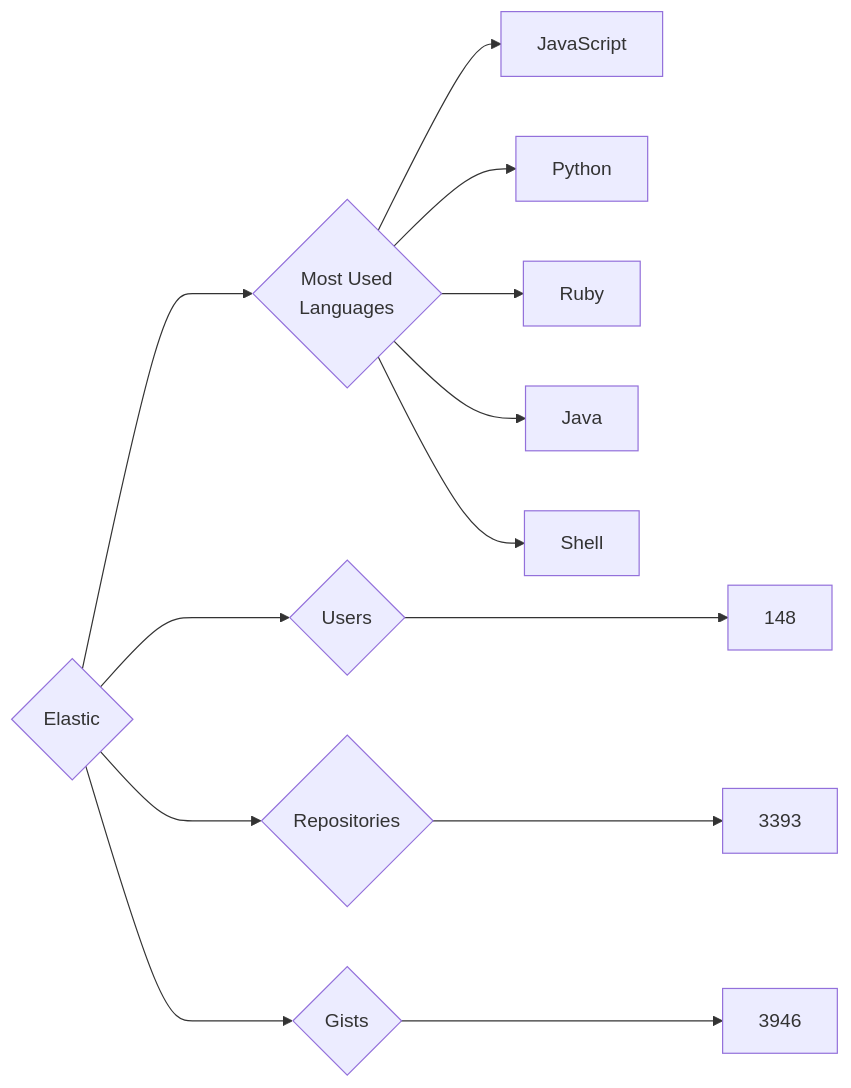
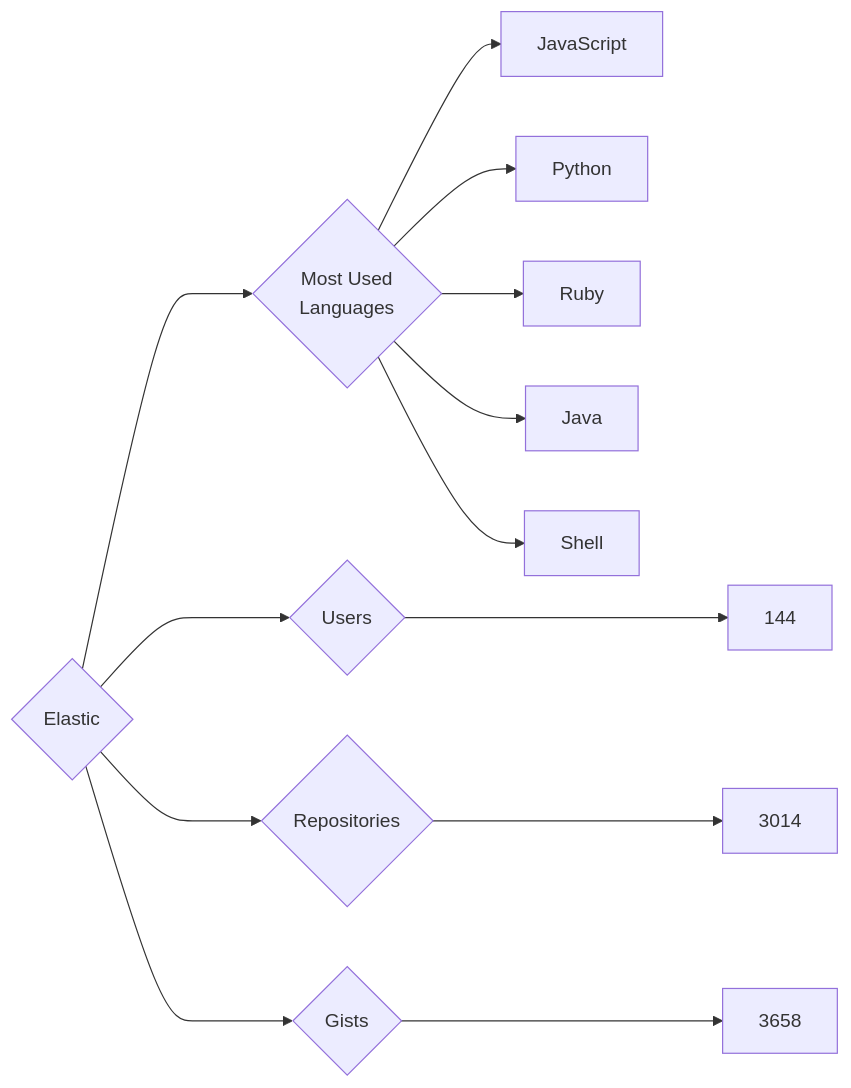
Before and after one commit to trickest/insiders: the diagram in targets/Elastic/README.md, drawn with Mermaid. The commit also changed 772 other files, not shown here.

````diff
--- a/targets/Elastic/README.md
+++ b/targets/Elastic/README.md
@@ -3,13 +3,13 @@
 ```mermaid
 graph LR
 COMPANY_NAME{Elastic}
-COMPANY_NAME ---> U{Users} ---> UN[148]
-COMPANY_NAME ---> R{Repositories} ---> RN[3393]
-COMPANY_NAME ---> G{Gists} ---> GN[3946]
+COMPANY_NAME ---> U{Users} ---> UN[144]
+COMPANY_NAME ---> R{Repositories} ---> RN[3014]
+COMPANY_NAME ---> G{Gists} ---> GN[3658]
 COMPANY_NAME ---> ML{Most Used<br>Languages}
 ML --> JavaScript[JavaScript]
 ML --> Python[Python]
 ML --> Ruby[Ruby]
 ML --> Java[Java]
 ML --> Shell[Shell]
 ```
````
